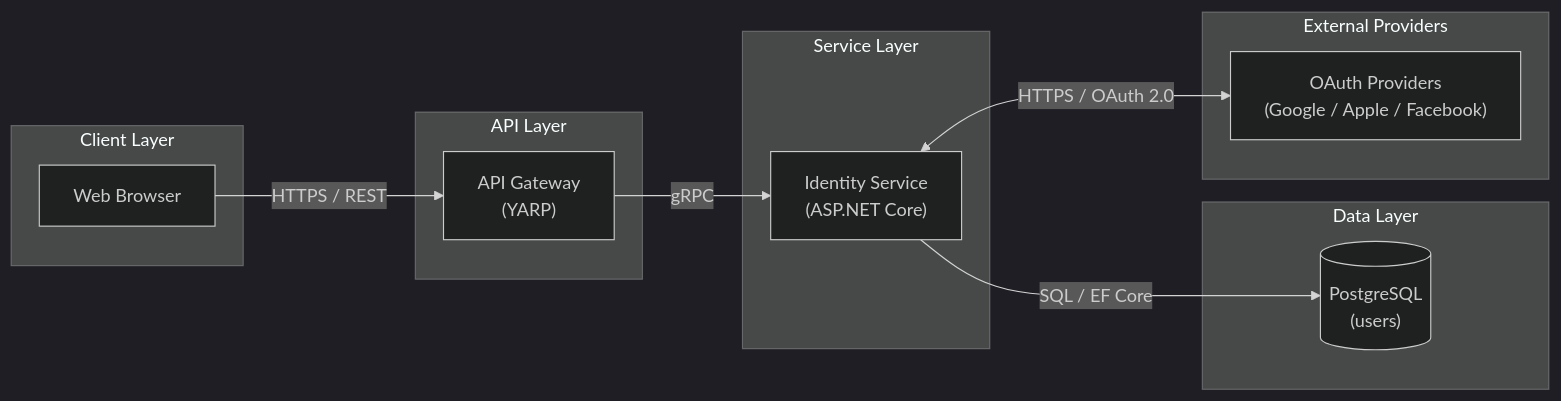
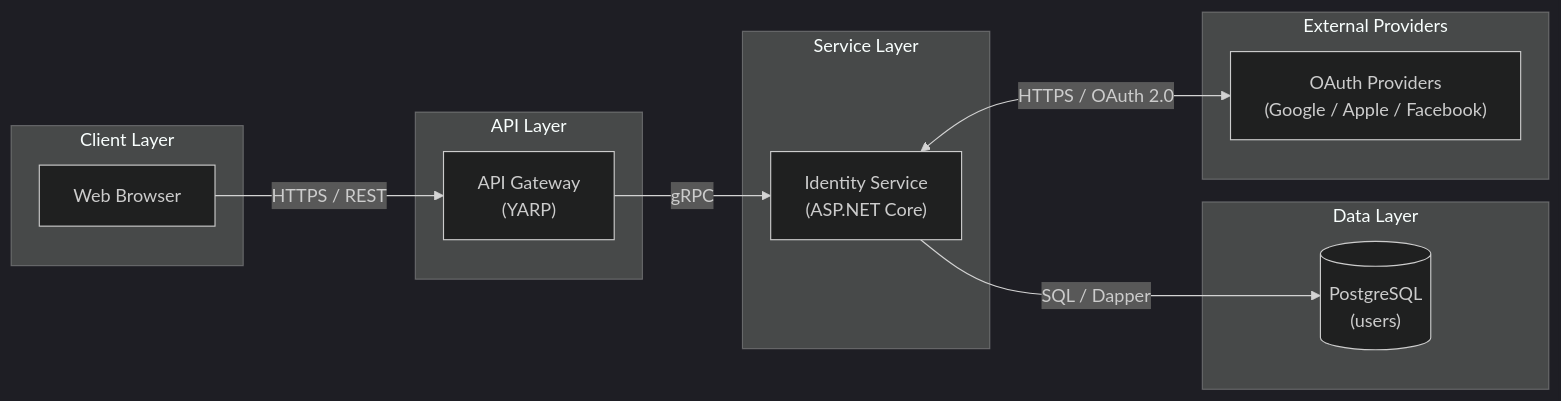
The second of 10 diagrams in ARCHITECTURE.md (kumaran-naidoo-derivco/jamtrack-radio), drawn with Mermaid (dark theme) before and after one commit. The commit also changed other lines of this file and 5 other files, not shown here.

First line of the commit message:
docs: replace Entity Framework Core with Dapper + FluentMigrator throughout

````diff
--- a/ARCHITECTURE.md
+++ b/ARCHITECTURE.md
@@ -74,27 +74,27 @@
 ```mermaid
 flowchart LR
     subgraph Client["Client Layer"]
         UI["Web Browser"]
     end
 
     subgraph Gateway["API Layer"]
         GW["API Gateway\n(YARP)"]
     end
 
     subgraph Services["Service Layer"]
         IS["Identity Service\n(ASP.NET Core)"]
     end
 
     subgraph Data["Data Layer"]
         DB[("PostgreSQL\n(users)")]
     end
 
     subgraph External["External Providers"]
         OAUTH["OAuth Providers\n(Google / Apple / Facebook)"]
     end
 
     UI -->|"HTTPS / REST"| GW
     GW -->|"gRPC"| IS
-    IS -->|"SQL / EF Core"| DB
+    IS -->|"SQL / Dapper"| DB
     IS <-->|"HTTPS / OAuth 2.0"| OAUTH
 ```
````
